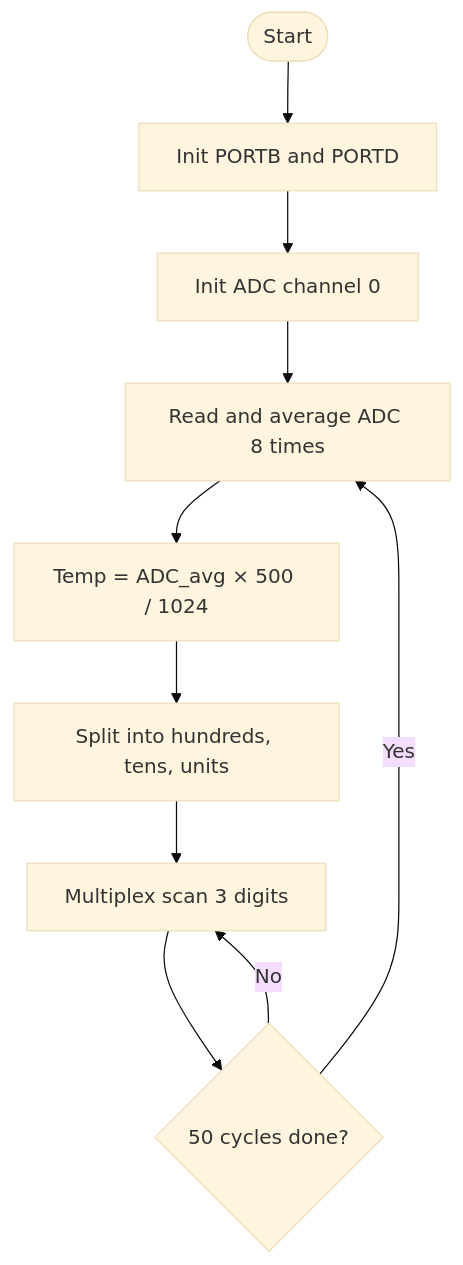
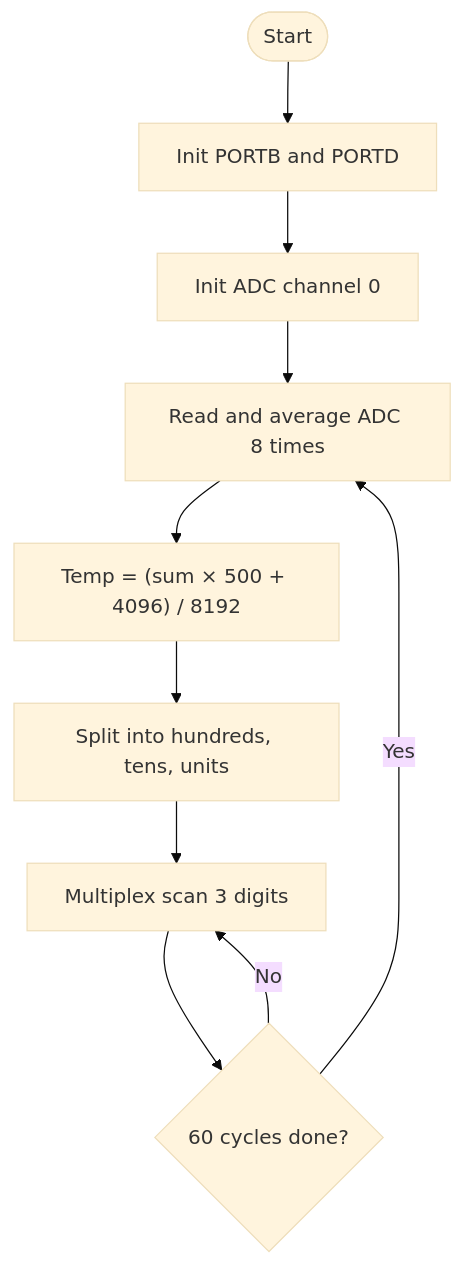
Before and after one commit to bishal189/simulations: the diagram in q1-digital-thermometer/docs/flowchart.md, drawn with Mermaid (base theme). The commit also changed other lines of this file and 2 other files, not shown here.

````diff
--- a/q1-digital-thermometer/docs/flowchart.md
+++ b/q1-digital-thermometer/docs/flowchart.md
@@ -30,12 +32,12 @@
 ```mermaid
 flowchart TD
     A([Start]) --> B[Init PORTB and PORTD]
     B --> C[Init ADC channel 0]
     C --> D[Read and average ADC 8 times]
-    D --> E["Temp = ADC_avg × 500 / 1024"]
+    D --> E["Temp = (sum × 500 + 4096) / 8192"]
     E --> F[Split into hundreds, tens, units]
     F --> G[Multiplex scan 3 digits]
-    G --> H{50 cycles done?}
+    G --> H{60 cycles done?}
     H -->|No| G
     H -->|Yes| D
 ```
````
